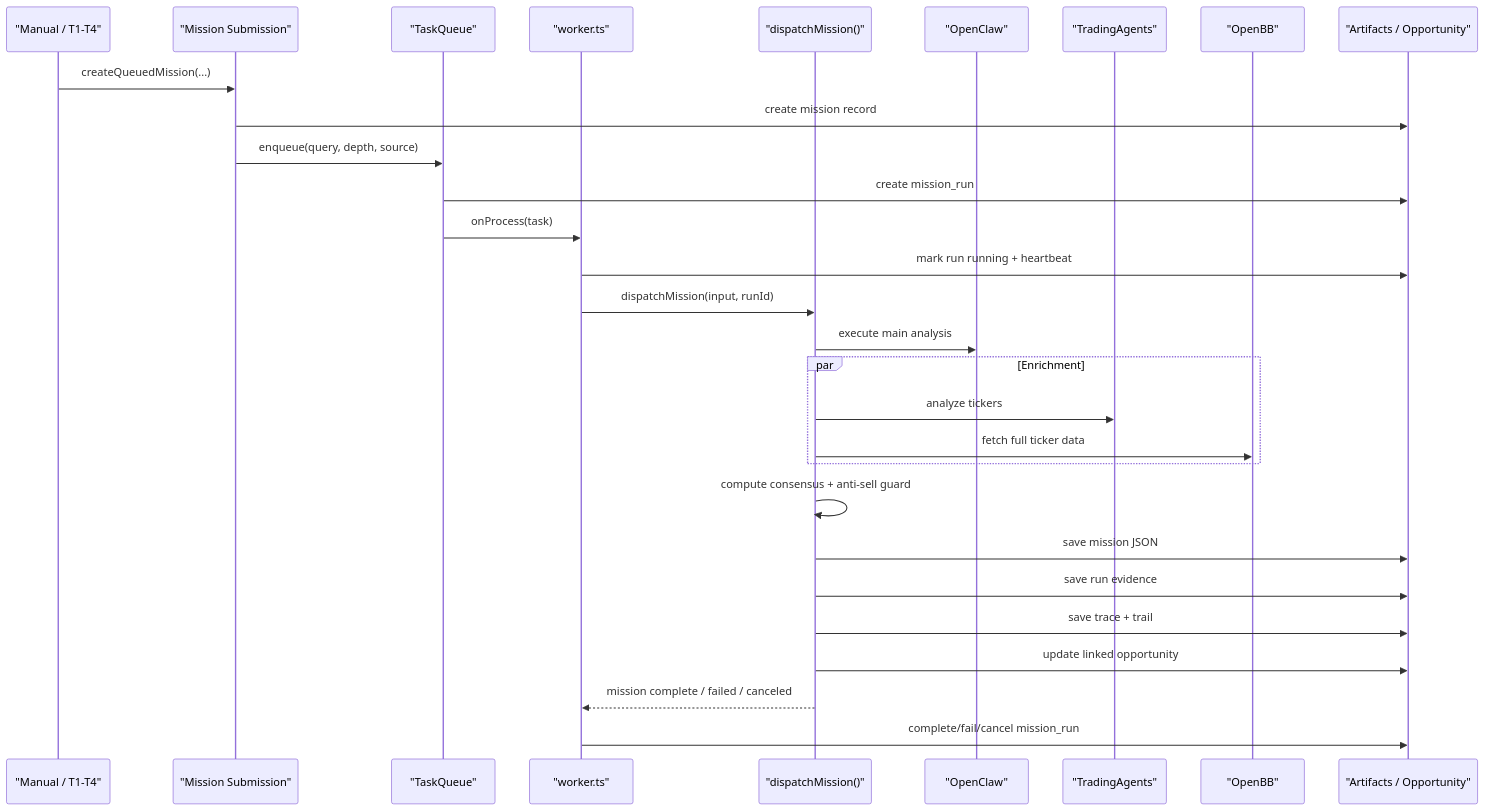
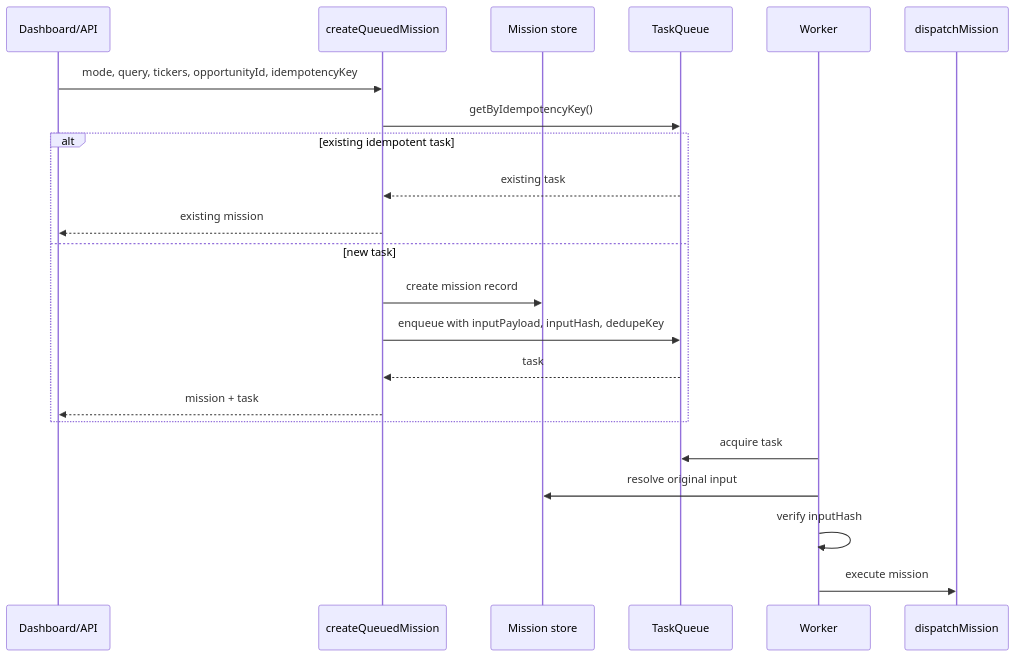
Before and after one commit to adidasNMD/AIAnalysisStock: the second of 4 diagrams in README.md, drawn with Mermaid. The commit also changed other lines of this file and 27 other files, not shown here.

````diff
--- a/README.md
+++ b/README.md
@@ -242,32 +233,25 @@
 ```mermaid
 sequenceDiagram
-  participant Trigger as "Manual / T1-T4"
-  participant API as "Mission Submission"
-  participant Queue as "TaskQueue"
-  participant Worker as "worker.ts"
-  participant Dispatch as "dispatchMission()"
-  participant OC as "OpenClaw"
-  participant TA as "TradingAgents"
-  participant OBB as "OpenBB"
-  participant Store as "Artifacts / Opportunity"
+  participant UI as Dashboard/API
+  participant Submit as createQueuedMission
+  participant Mission as Mission store
+  participant Queue as TaskQueue
+  participant Worker as Worker
+  participant Dispatch as dispatchMission
 
-  Trigger->>API: createQueuedMission(...)
-  API->>Store: create mission record
-  API->>Queue: enqueue(query, depth, source)
-  Queue->>Store: create mission_run
-  Queue->>Worker: onProcess(task)
-  Worker->>Store: mark run running + heartbeat
-  Worker->>Dispatch: dispatchMission(input, runId)
-  Dispatch->>OC: execute main analysis
-  par Enrichment
-    Dispatch->>TA: analyze tickers
-    Dispatch->>OBB: fetch full ticker data
+  UI->>Submit: mode, query, tickers, opportunityId, idempotencyKey
+  Submit->>Queue: getByIdempotencyKey()
+  alt existing idempotent task
+    Queue-->>Submit: existing task
+    Submit-->>UI: existing mission
+  else new task
+    Submit->>Mission: create mission record
+    Submit->>Queue: enqueue with inputPayload, inputHash, dedupeKey
+    Queue-->>Submit: task
+    Submit-->>UI: mission + task
   end
-  Dispatch->>Dispatch: compute consensus + anti-sell guard
-  Dispatch->>Store: save mission JSON
-  Dispatch->>Store: save run evidence
-  Dispatch->>Store: save trace + trail
-  Dispatch->>Store: update linked opportunity
-  Dispatch-->>Worker: mission complete / failed / canceled
-  Worker->>Store: complete/fail/cancel mission_run
+  Worker->>Queue: acquire task
+  Worker->>Mission: resolve original input
+  Worker->>Worker: verify inputHash
+  Worker->>Dispatch: execute mission
 ```
````
